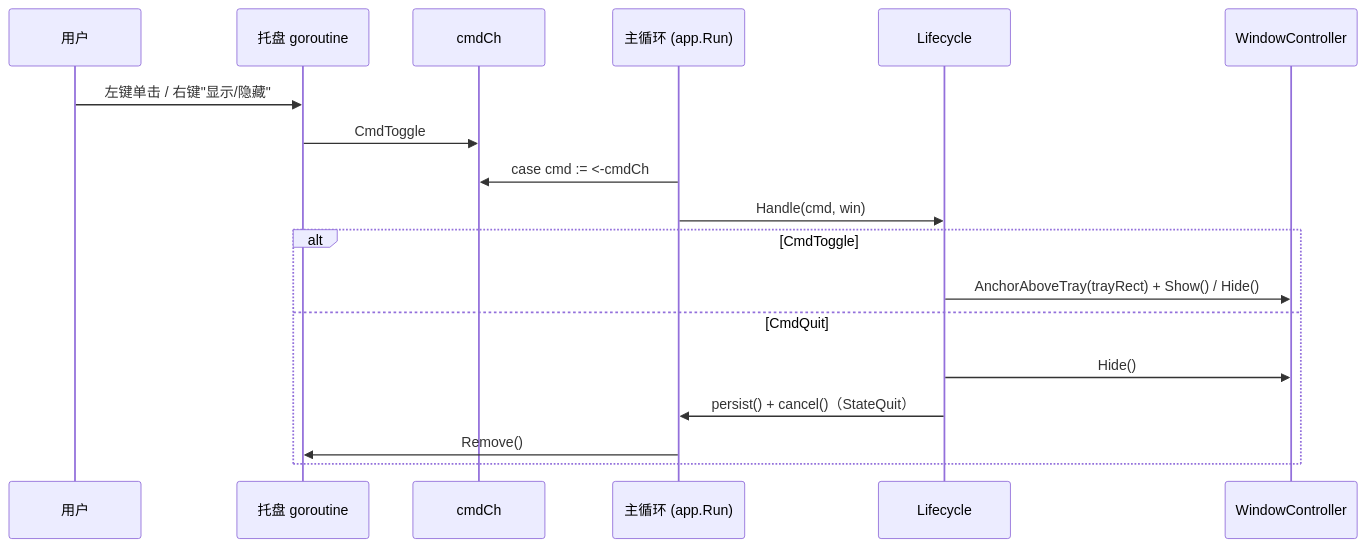
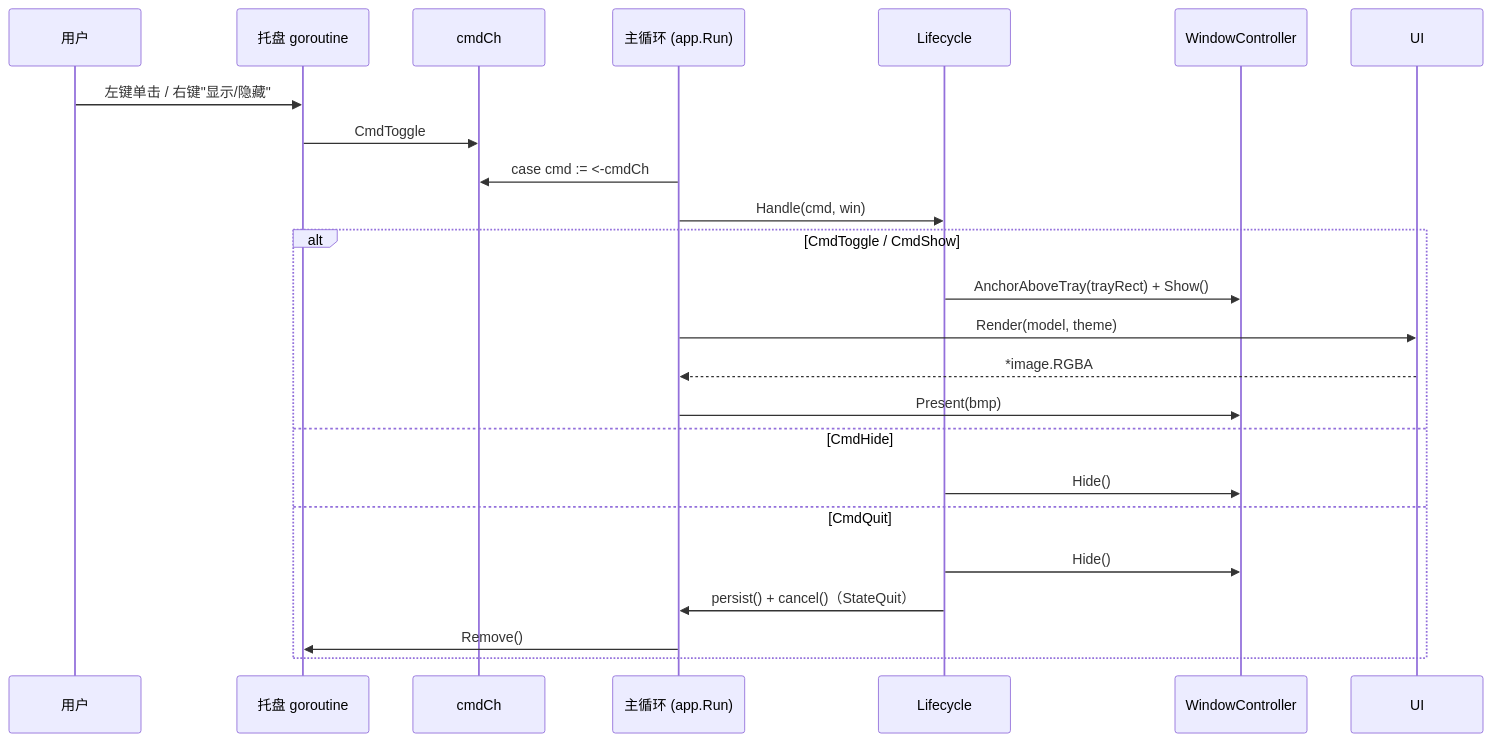
Before and after one commit to shaolei/DeskCalendar: the third of 4 diagrams in docs/10-Shell/App.md, drawn with Mermaid. The commit also changed other lines of this file and 13 other files, not shown here.

First line of the commit message:
feat(ui): implement #90-UI render layer (gg -> *image.RGBA via WindowController.Present)

````diff
--- a/docs/10-Shell/App.md
+++ b/docs/10-Shell/App.md
@@ -159,21 +179,26 @@
 ```mermaid
 sequenceDiagram
     participant User as 用户
     participant Tray as 托盘 goroutine
     participant Ch as cmdCh
     participant Main as 主循环 (app.Run)
     participant Life as Lifecycle
     participant Win as WindowController
 
     User->>Tray: 左键单击 / 右键"显示/隐藏"
     Tray->>Ch: CmdToggle
     Main->>Ch: case cmd := <-cmdCh
     Main->>Life: Handle(cmd, win)
-    alt CmdToggle
-        Life->>Win: AnchorAboveTray(trayRect) + Show() / Hide()
+    alt CmdToggle / CmdShow
+        Life->>Win: AnchorAboveTray(trayRect) + Show()
+        Main->>UI: Render(model, theme)
+        UI-->>Main: *image.RGBA
+        Main->>Win: Present(bmp)
+    else CmdHide
+        Life->>Win: Hide()
     else CmdQuit
         Life->>Win: Hide()
         Life->>Main: persist() + cancel()（StateQuit）
         Main->>Tray: Remove()
     end
 ```
````
